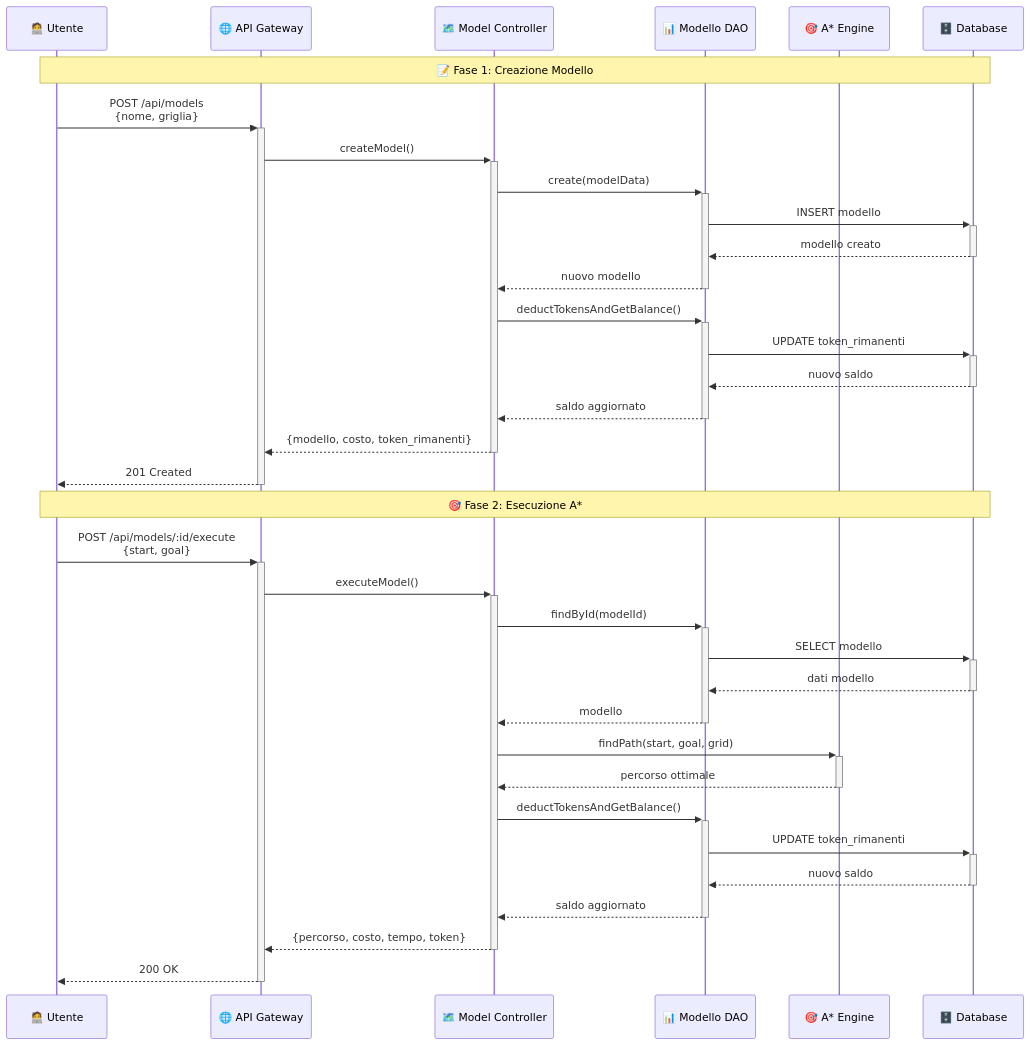
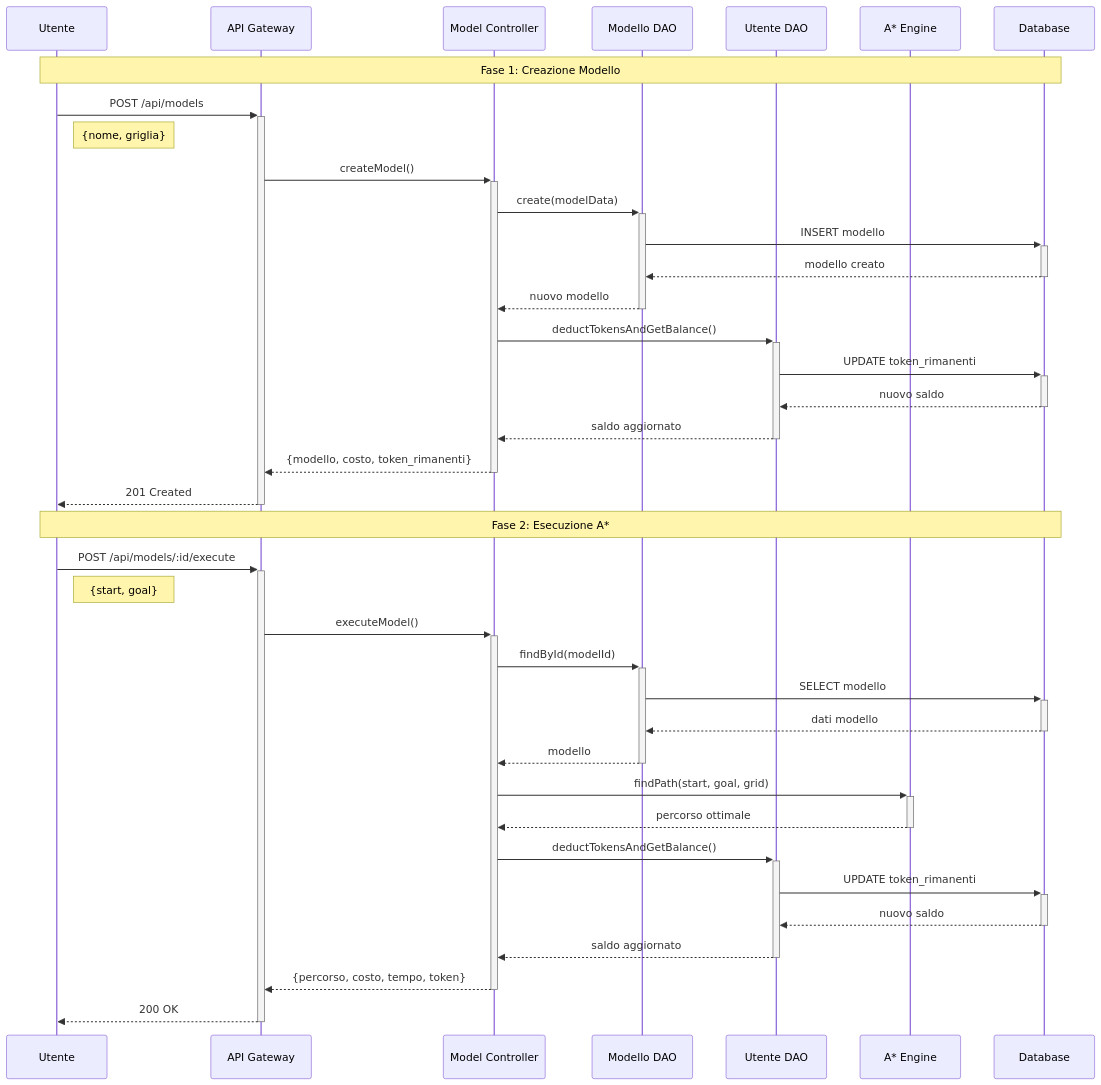
Before and after one commit to HoxhaEmanuel/Progetto-Programmazione-Avanzata: the seventh of 10 diagrams in README.md, drawn with Mermaid. The commit also changed other lines of this file, not shown here.

````diff
--- a/README.md
+++ b/README.md
@@ -236,41 +669,44 @@
 ```mermaid
 sequenceDiagram
-    participant U as 🧑‍💻 Utente
-    participant API as 🌐 API Gateway
-    participant MC as 🗺️ Model Controller
-    participant DAO as 📊 Modello DAO
-    participant AStar as 🎯 A* Engine
-    participant DB as 🗄️ Database
+    participant U as Utente
+    participant API as API Gateway
+    participant MC as Model Controller
+    participant MDAO as Modello DAO
+    participant UDAO as Utente DAO
+    participant AStar as A* Engine
+    participant DB as Database
     
-    Note over U,DB: 📝 Fase 1: Creazione Modello
+    Note over U,DB: Fase 1: Creazione Modello
     
-    U->>+API: POST /api/models<br/>{nome, griglia}
+    U->>+API: POST /api/models
+    Note right of U: {nome, griglia}
     API->>+MC: createModel()
-    MC->>+DAO: create(modelData)
-    DAO->>+DB: INSERT modello
-    DB-->>-DAO: modello creato
-    DAO-->>-MC: nuovo modello
-    MC->>+DAO: deductTokensAndGetBalance()
-    DAO->>+DB: UPDATE token_rimanenti
-    DB-->>-DAO: nuovo saldo
-    DAO-->>-MC: saldo aggiornato
+    MC->>+MDAO: create(modelData)
+    MDAO->>+DB: INSERT modello
+    DB-->>-MDAO: modello creato
+    MDAO-->>-MC: nuovo modello
+    MC->>+UDAO: deductTokensAndGetBalance()
+    UDAO->>+DB: UPDATE token_rimanenti
+    DB-->>-UDAO: nuovo saldo
+    UDAO-->>-MC: saldo aggiornato
     MC-->>-API: {modello, costo, token_rimanenti}
     API-->>-U: 201 Created
     
-    Note over U,DB: 🎯 Fase 2: Esecuzione A*
+    Note over U,DB: Fase 2: Esecuzione A*
     
-    U->>+API: POST /api/models/:id/execute<br/>{start, goal}
+    U->>+API: POST /api/models/:id/execute
+    Note right of U: {start, goal}
     API->>+MC: executeModel()
-    MC->>+DAO: findById(modelId)
-    DAO->>+DB: SELECT modello
-    DB-->>-DAO: dati modello
-    DAO-->>-MC: modello
+    MC->>+MDAO: findById(modelId)
+    MDAO->>+DB: SELECT modello
+    DB-->>-MDAO: dati modello
+    MDAO-->>-MC: modello
     MC->>+AStar: findPath(start, goal, grid)
     AStar-->>-MC: percorso ottimale
-    MC->>+DAO: deductTokensAndGetBalance()
-    DAO->>+DB: UPDATE token_rimanenti
-    DB-->>-DAO: nuovo saldo
-    DAO-->>-MC: saldo aggiornato
+    MC->>+UDAO: deductTokensAndGetBalance()
+    UDAO->>+DB: UPDATE token_rimanenti
+    DB-->>-UDAO: nuovo saldo
+    UDAO-->>-MC: saldo aggiornato
     MC-->>-API: {percorso, costo, tempo, token}
     API-->>-U: 200 OK
 ```
````
